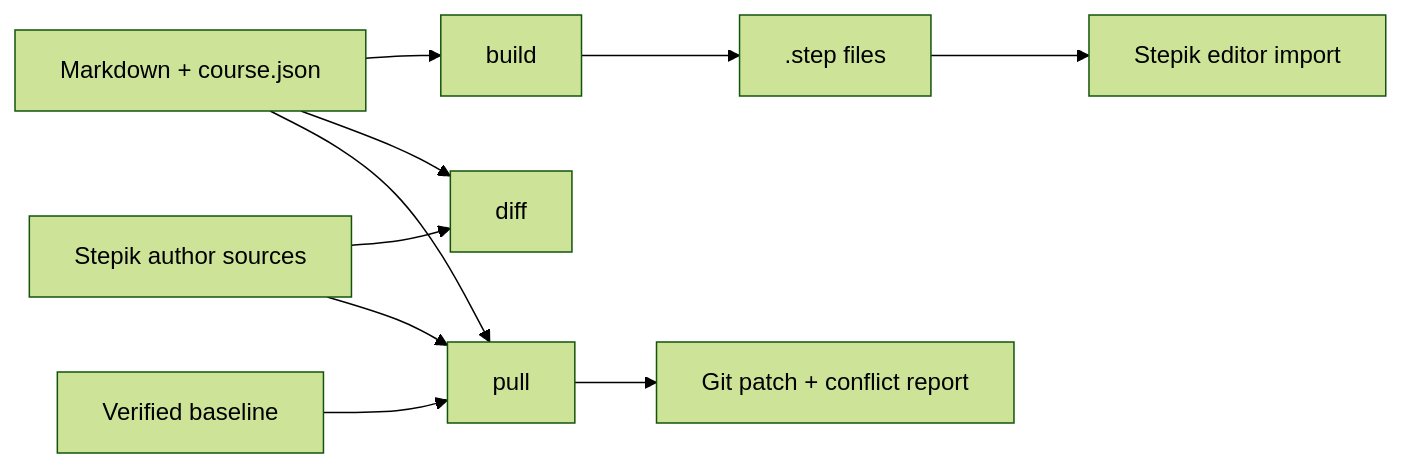
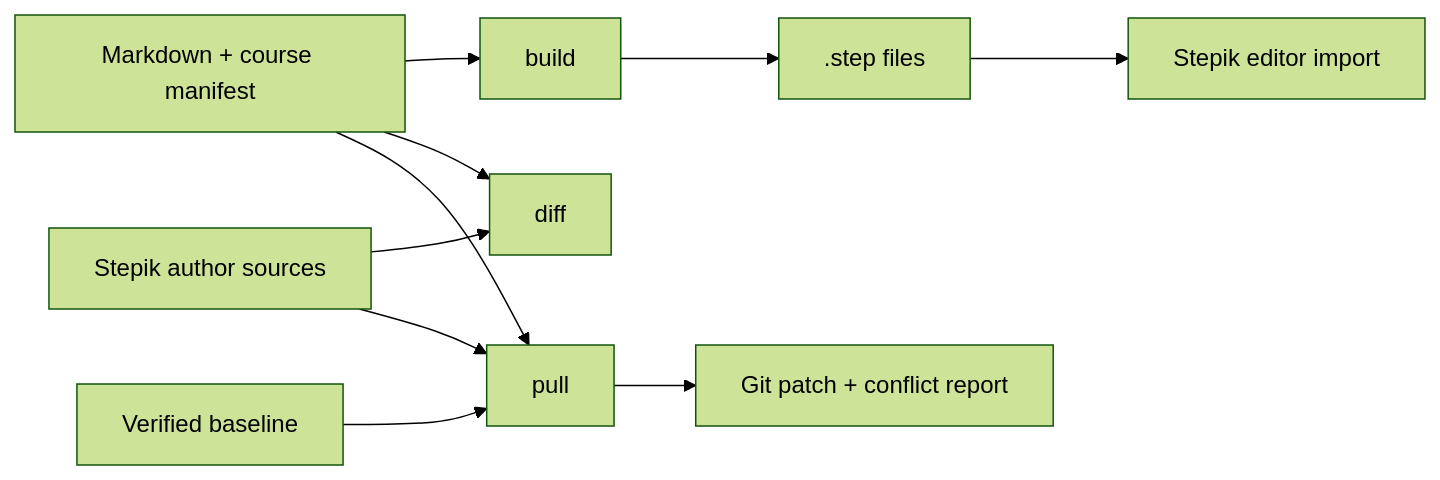
One commit to galua-study/stepik-author-tools changed the first of 4 diagrams in README.md. Above: the diagram before and after it, drawn with Mermaid (forest theme). The commit also changed other lines of this file and 55 other files, not shown here.

````diff
--- a/README.md
+++ b/README.md
@@ -18,12 +18,12 @@
 ```mermaid
 flowchart LR
-    Markdown["Markdown + course.json"] --> Build[build]
+    Markdown["Markdown + course manifest"] --> Build[build]
     Build --> Imports[".step files"]
     Imports --> Editor["Stepik editor import"]
     Stepik["Stepik author sources"] --> Diff[diff]
     Markdown --> Diff
     Stepik --> Pull[pull]
     Markdown --> Pull
     Base["Verified baseline"] --> Pull
     Pull --> Review["Git patch + conflict report"]
 ```
````
